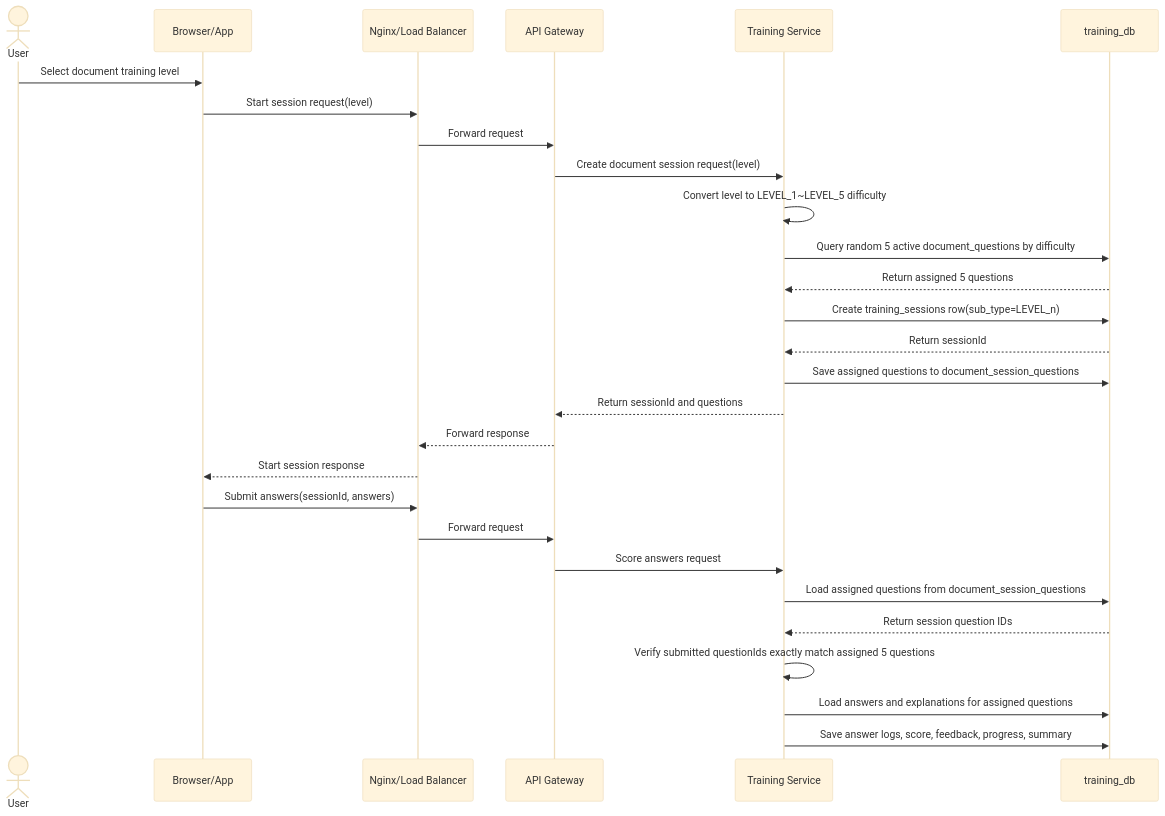
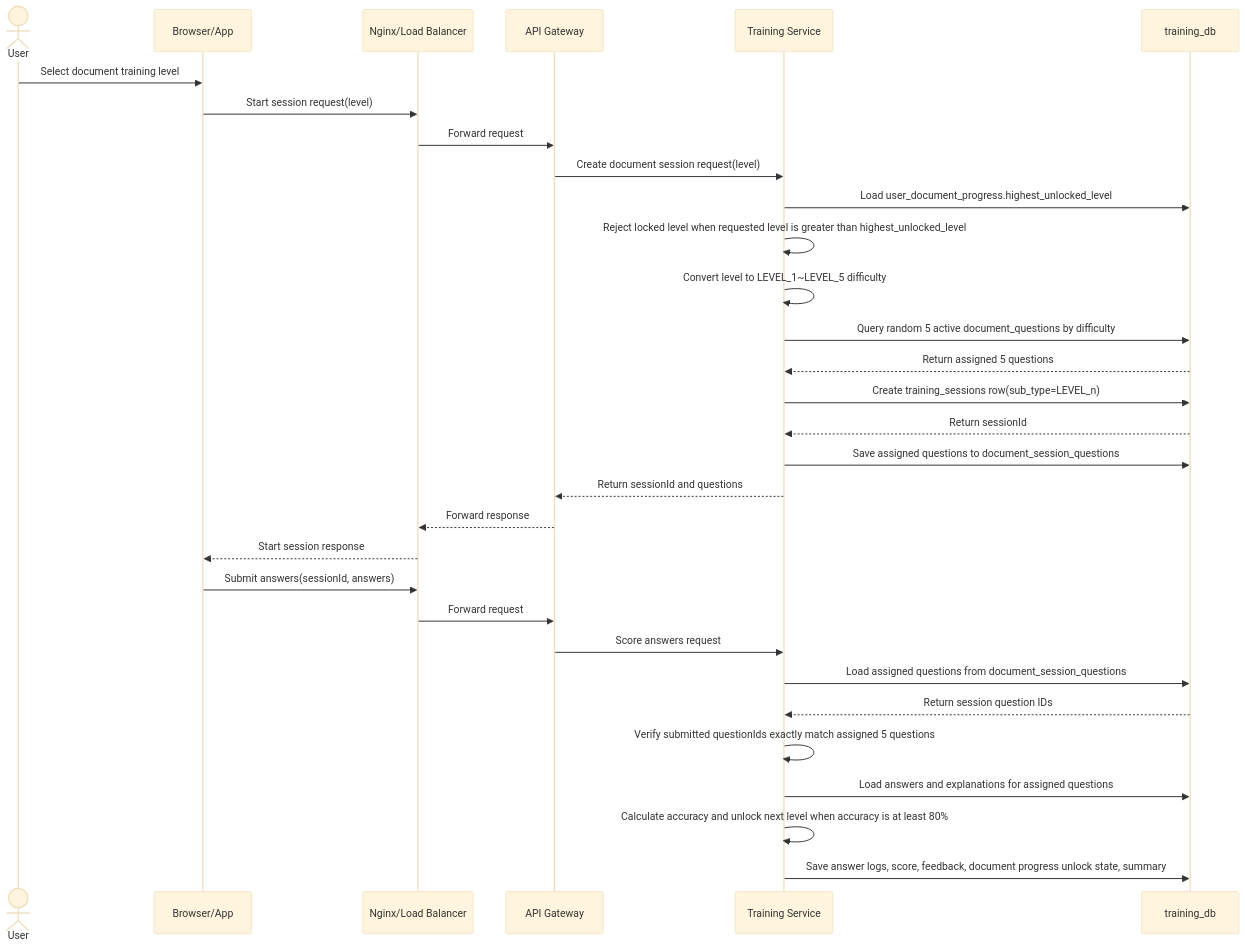
One commit to JangChwiSa/training-service changed diagram 12 of 12 in docs/architecture/sequence-diagrams.md. Above: the diagram before and after it, drawn with Mermaid (base theme). The commit also changed 15 other files, not shown here.

Commit message:
Add document level unlock flow

````diff
--- a/docs/architecture/sequence-diagrams.md
+++ b/docs/architecture/sequence-diagrams.md
@@ -612,32 +612,35 @@
 ```mermaid
 sequenceDiagram
     actor User as User
     participant Browser as Browser/App
     participant Nginx as Nginx/Load Balancer
     participant GW as API Gateway
     participant TS as Training Service
     participant TDB as training_db
 
     User->>Browser: Select document training level
     Browser->>Nginx: Start session request(level)
     Nginx->>GW: Forward request
     GW->>TS: Create document session request(level)
+    TS->>TDB: Load user_document_progress.highest_unlocked_level
+    TS->>TS: Reject locked level when requested level is greater than highest_unlocked_level
     TS->>TS: Convert level to LEVEL_1~LEVEL_5 difficulty
     TS->>TDB: Query random 5 active document_questions by difficulty
     TDB-->>TS: Return assigned 5 questions
     TS->>TDB: Create training_sessions row(sub_type=LEVEL_n)
     TDB-->>TS: Return sessionId
     TS->>TDB: Save assigned questions to document_session_questions
     TS-->>GW: Return sessionId and questions
     GW-->>Nginx: Forward response
     Nginx-->>Browser: Start session response
 
     Browser->>Nginx: Submit answers(sessionId, answers)
     Nginx->>GW: Forward request
     GW->>TS: Score answers request
     TS->>TDB: Load assigned questions from document_session_questions
     TDB-->>TS: Return session question IDs
     TS->>TS: Verify submitted questionIds exactly match assigned 5 questions
     TS->>TDB: Load answers and explanations for assigned questions
-    TS->>TDB: Save answer logs, score, feedback, progress, summary
+    TS->>TS: Calculate accuracy and unlock next level when accuracy is at least 80%
+    TS->>TDB: Save answer logs, score, feedback, document progress unlock state, summary
 ```
````
